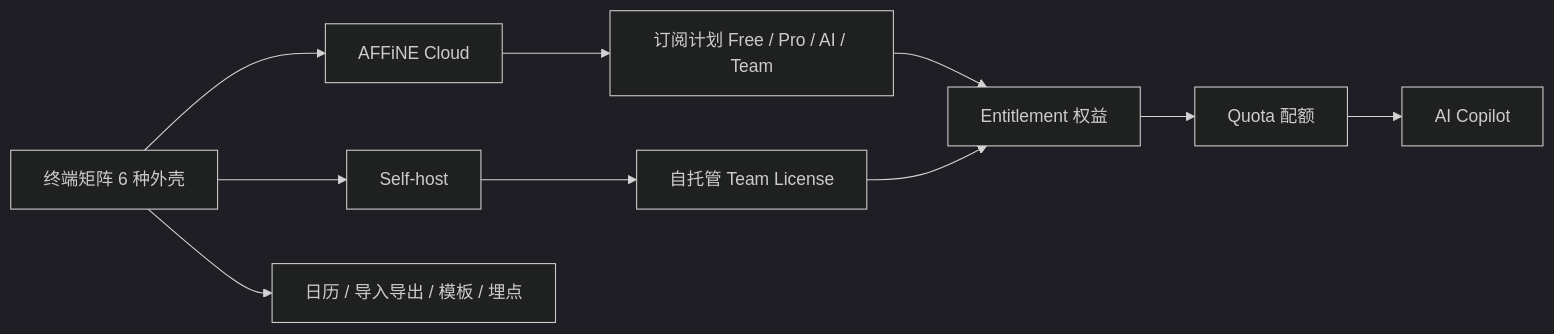
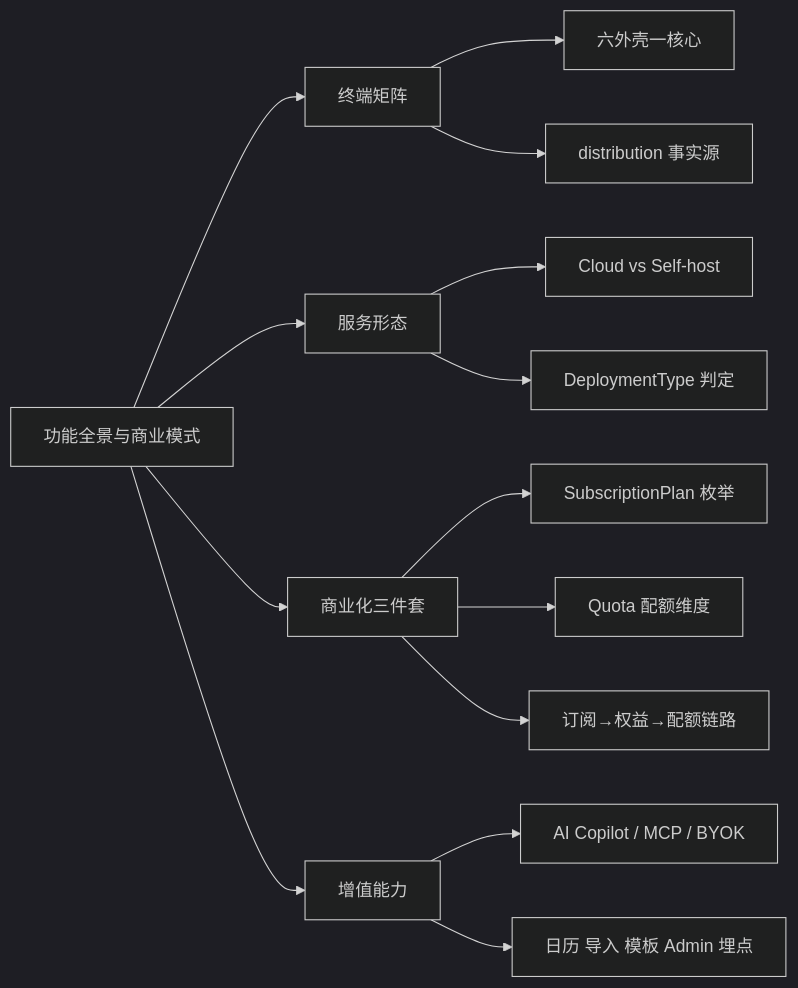
The first of 4 diagrams in learning-guide/slides/decks/02.md (lfire/AFFiNE), drawn with Mermaid (dark theme) before and after one commit. The commit also changed other lines of this file and 46 other files, not shown here.

````diff
--- a/learning-guide/slides/decks/02.md
+++ b/learning-guide/slides/decks/02.md
@@ -46,12 +33,16 @@
 ```mermaid
 flowchart LR
-    APPS[终端矩阵 6 种外壳] --> CLOUD[AFFiNE Cloud]
-    APPS --> SELF[Self-host]
-    CLOUD --> PLAN["订阅计划 Free / Pro / AI / Team"]
-    SELF --> LIC[自托管 Team License]
-    PLAN --> ENT[Entitlement 权益]
-    LIC --> ENT
-    ENT --> QUOTA[Quota 配额]
-    QUOTA --> AI[AI Copilot]
-    APPS --> EXT["日历 / 导入导出 / 模板 / 埋点"]
+  ROOT["功能全景与商业模式"] --> A["终端矩阵"]
+  ROOT --> B["服务形态"]
+  ROOT --> C["商业化三件套"]
+  ROOT --> D["增值能力"]
+  A --> A1["六外壳一核心"]
+  A --> A2["distribution 事实源"]
+  B --> B1["Cloud vs Self-host"]
+  B --> B2["DeploymentType 判定"]
+  C --> C1["SubscriptionPlan 枚举"]
+  C --> C2["Quota 配额维度"]
+  C --> C3["订阅→权益→配额链路"]
+  D --> D1["AI Copilot / MCP / BYOK"]
+  D --> D2["日历 导入 模板 Admin 埋点"]
 ```
````
